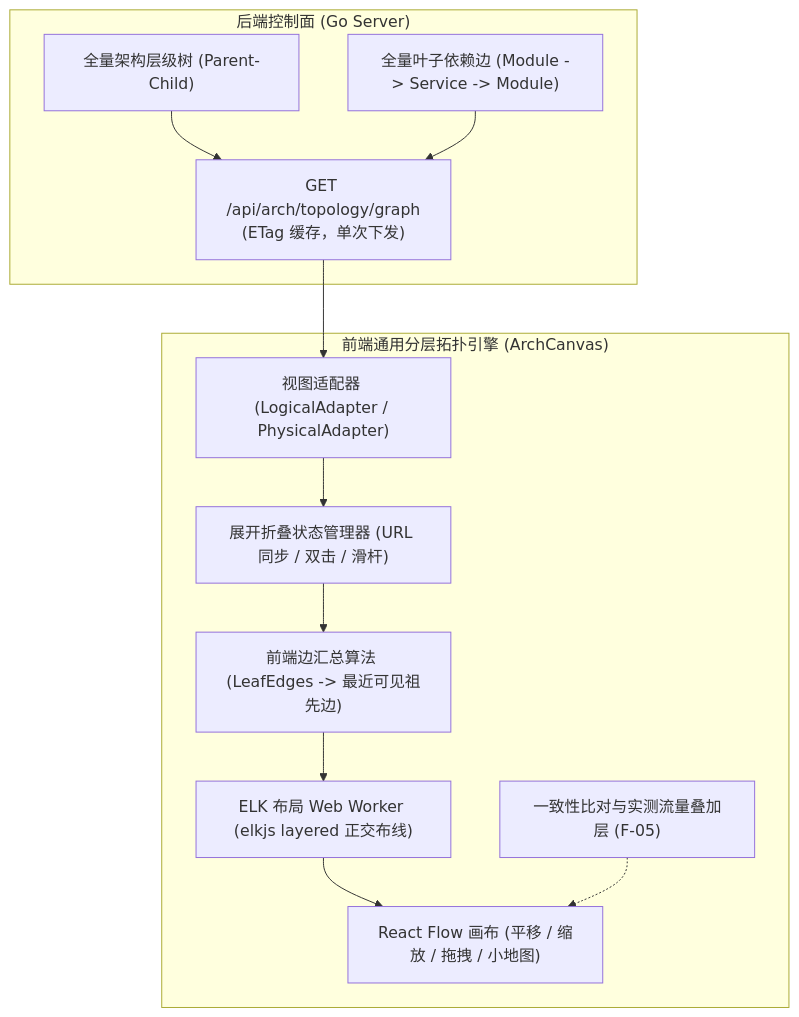
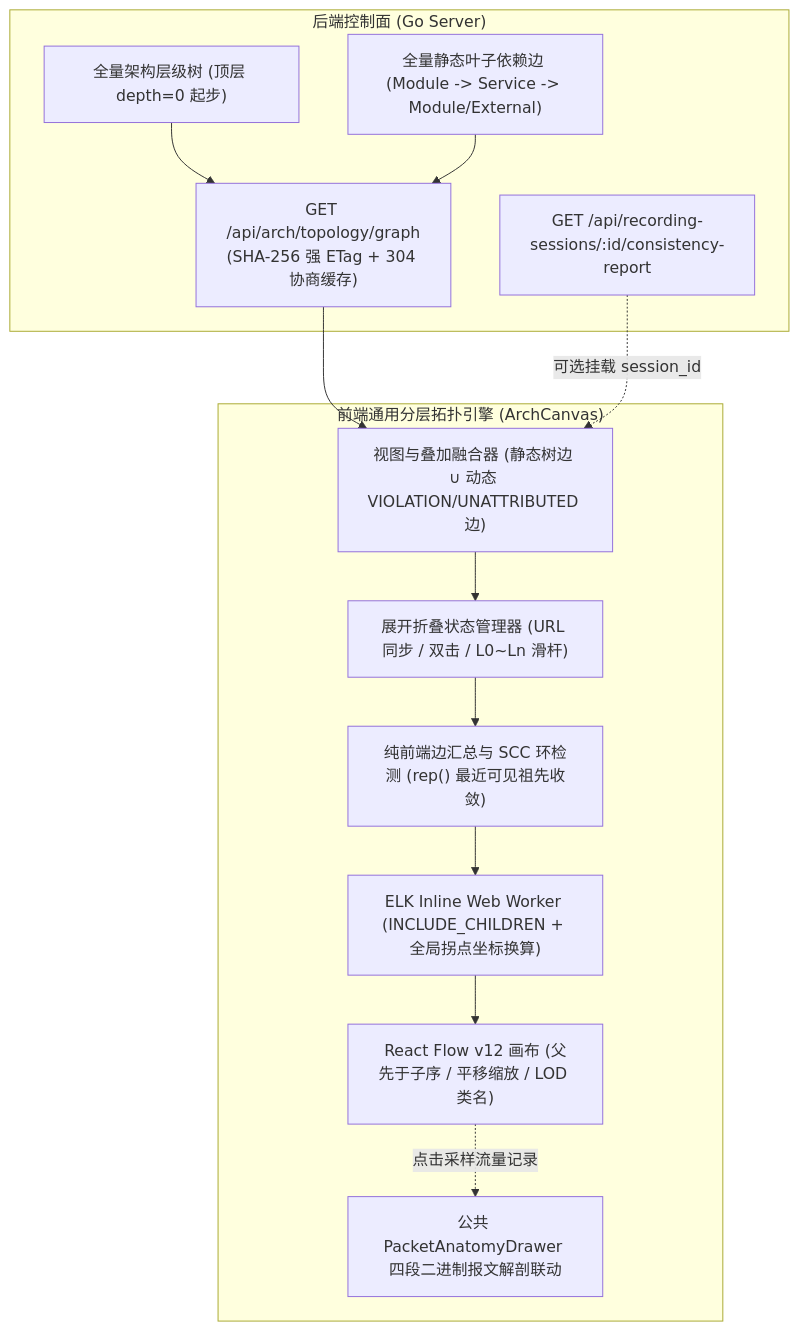
The diagram in docs/05-adr/05-hierarchical-topology-canvas-redesign.md (fugui/code-traefik), drawn with Mermaid before and after one commit. The commit also changed other lines of this file and 5 other files, not shown here.

````diff
--- a/docs/05-adr/05-hierarchical-topology-canvas-redesign.md
+++ b/docs/05-adr/05-hierarchical-topology-canvas-redesign.md
@@ -39,27 +41,29 @@
 ```mermaid
 flowchart TD
     subgraph Backend["后端控制面 (Go Server)"]
-        Tree["全量架构层级树 (Parent-Child)"]
-        LeafEdges["全量叶子依赖边 (Module -> Service -> Module)"]
-        GraphAPI["GET /api/arch/topology/graph<br/>(ETag 缓存，单次下发)"]
+        Tree["全量架构层级树 (顶层 depth=0 起步)"]
+        LeafEdges["全量静态叶子依赖边 (Module -> Service -> Module/External)"]
+        GraphAPI["GET /api/arch/topology/graph<br/>(SHA-256 强 ETag + 304 协商缓存)"]
+        ConsistencyAPI["GET /api/recording-sessions/:id/consistency-report"]
         Tree --> GraphAPI
         LeafEdges --> GraphAPI
     end
 
     subgraph CoreEngine["前端通用分层拓扑引擎 (ArchCanvas)"]
-        Adapter["视图适配器 (LogicalAdapter / PhysicalAdapter)"]
-        ExpandState["展开折叠状态管理器 (URL 同步 / 双击 / 滑杆)"]
-        Rollup["前端边汇总算法 (LeafEdges -> 最近可见祖先边)"]
-        Worker["ELK 布局 Web Worker (elkjs layered 正交布线)"]
-        Canvas["React Flow 画布 (平移 / 缩放 / 拖拽 / 小地图)"]
-        Overlay["一致性比对与实测流量叠加层 (F-05)"]
+        Adapter["视图与叠加融合器 (静态树边 ∪ 动态 VIOLATION/UNATTRIBUTED 边)"]
+        ExpandState["展开折叠状态管理器 (URL 同步 / 双击 / L0~Ln 滑杆)"]
+        Rollup["纯前端边汇总与 SCC 环检测 (rep() 最近可见祖先收敛)"]
+        Worker["ELK Inline Web Worker (INCLUDE_CHILDREN + 全局拐点坐标换算)"]
+        Canvas["React Flow v12 画布 (父先于子序 / 平移缩放 / LOD 类名)"]
+        Anatomy["公共 PacketAnatomyDrawer 四段二进制报文解剖联动"]
 
         Adapter --> ExpandState
         ExpandState --> Rollup
         Rollup --> Worker
         Worker --> Canvas
-        Overlay -.-> Canvas
+        Canvas -. "点击采样流量记录" .-> Anatomy
     end
 
     GraphAPI --> Adapter
+    ConsistencyAPI -. "可选挂载 session_id" .-> Adapter
 ```
````
